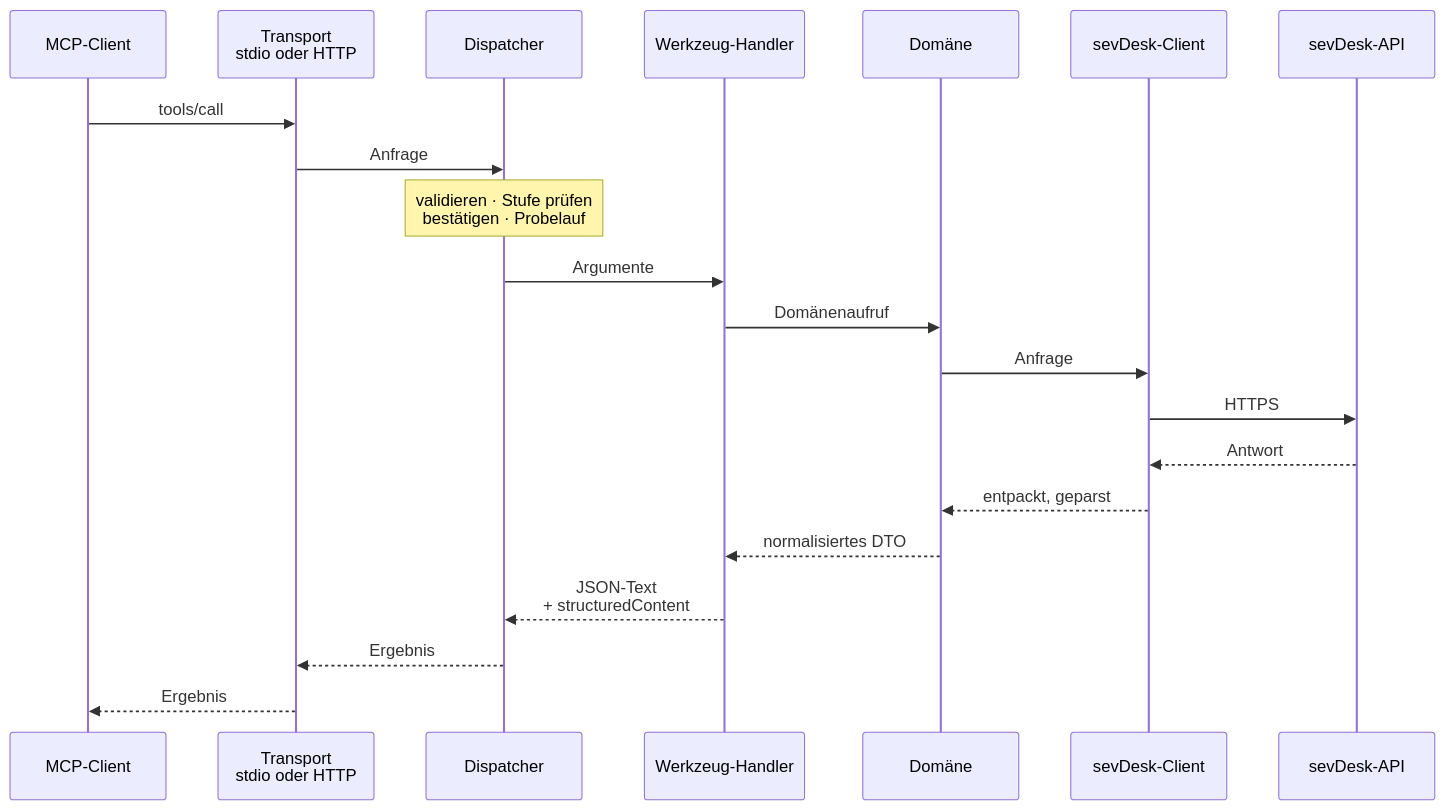
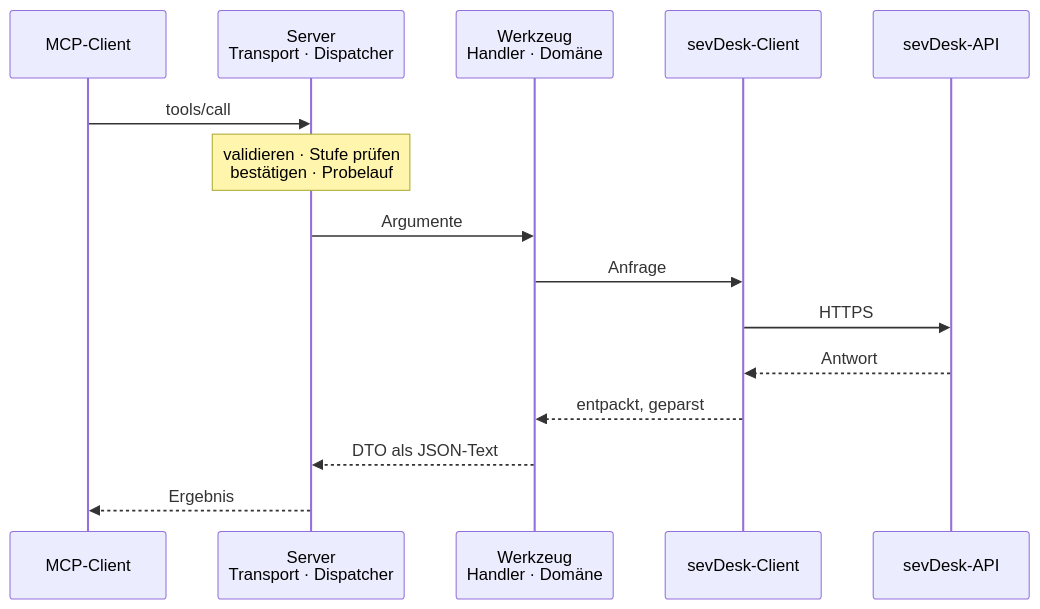
Before and after one commit to jaylann/mcp-server-sevdesk: the diagram in docs/architecture.de.md, drawn with Mermaid. The commit also changed other lines of this file and 27 other files, not shown here.

````diff
--- a/docs/architecture.de.md
+++ b/docs/architecture.de.md
@@ -144,23 +144,17 @@
 ```mermaid
 sequenceDiagram
   participant C as MCP-Client
-  participant T as Transport<br/>stdio oder HTTP
-  participant D as Dispatcher
-  participant H as Werkzeug-Handler
-  participant S as Domäne
+  participant D as Server<br/>Transport · Dispatcher
+  participant H as Werkzeug<br/>Handler · Domäne
   participant K as sevDesk-Client
   participant A as sevDesk-API
-  C->>T: tools/call
-  T->>D: Anfrage
+  C->>D: tools/call
   Note over D: validieren · Stufe prüfen<br/>bestätigen · Probelauf
   D->>H: Argumente
-  H->>S: Domänenaufruf
-  S->>K: Anfrage
+  H->>K: Anfrage
   K->>A: HTTPS
   A-->>K: Antwort
-  K-->>S: entpackt, geparst
-  S-->>H: normalisiertes DTO
-  H-->>D: JSON-Text<br/>+ structuredContent
-  D-->>T: Ergebnis
-  T-->>C: Ergebnis
+  K-->>H: entpackt, geparst
+  H-->>D: DTO als JSON-Text
+  D-->>C: Ergebnis
 ```
````
